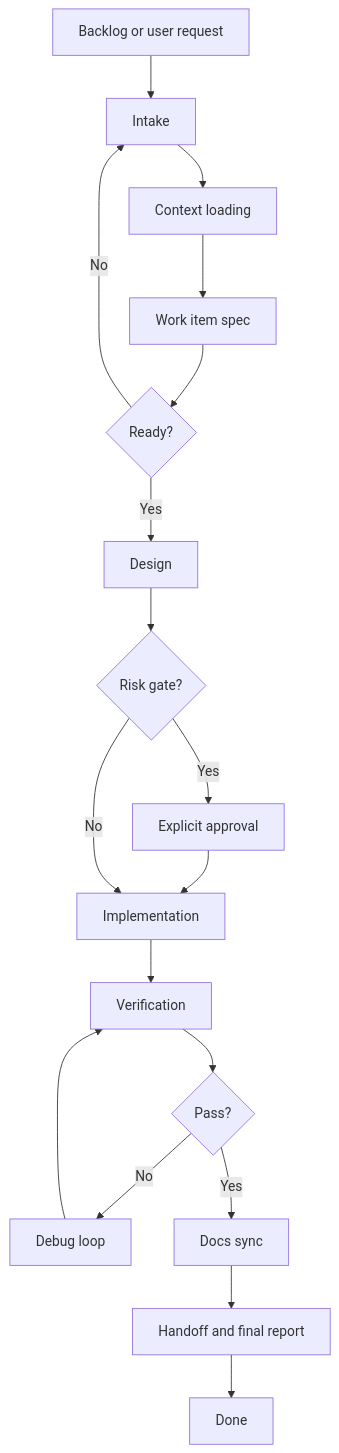
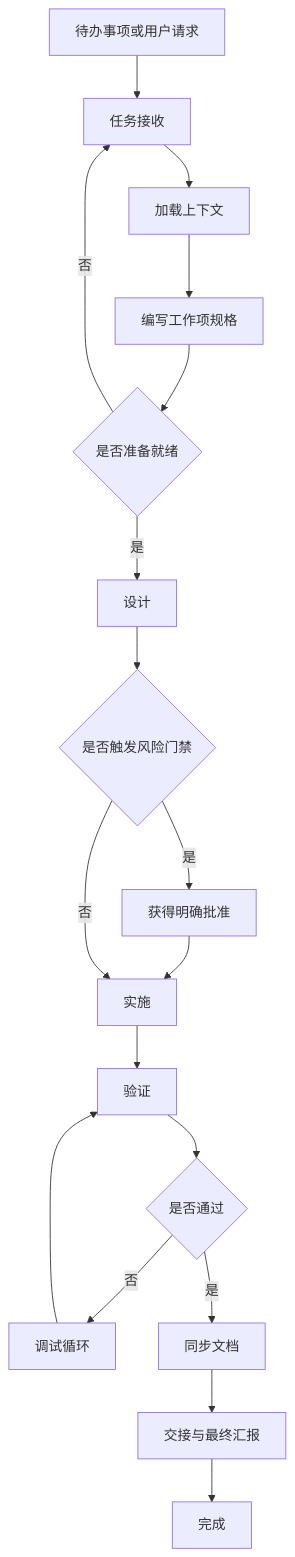
One commit to x-t001/sunshine-reading changed the first of 2 diagrams in docs/spec-coding/09-iteration-workflow.md. Above: the diagram before and after it, drawn with Mermaid. The commit also changed other lines of this file and 34 other files, not shown here.

````diff
--- a/docs/spec-coding/09-iteration-workflow.md
+++ b/docs/spec-coding/09-iteration-workflow.md
@@ -61,20 +57,20 @@
 ```mermaid
 flowchart TD
-  A[Backlog or user request] --> B[Intake]
-  B --> C[Context loading]
-  C --> D[Work item spec]
-  D --> E{Ready?}
-  E -- No --> B
-  E -- Yes --> F[Design]
-  F --> G{Risk gate?}
-  G -- Yes --> H[Explicit approval]
-  H --> I[Implementation]
-  G -- No --> I
-  I --> J[Verification]
-  J --> K{Pass?}
-  K -- No --> L[Debug loop]
+  A[待办事项或用户请求] --> B[任务接收]
+  B --> C[加载上下文]
+  C --> D[编写工作项规格]
+  D --> E{是否准备就绪}
+  E -- 否 --> B
+  E -- 是 --> F[设计]
+  F --> G{是否触发风险门禁}
+  G -- 是 --> H[获得明确批准]
+  H --> I[实施]
+  G -- 否 --> I
+  I --> J[验证]
+  J --> K{是否通过}
+  K -- 否 --> L[调试循环]
   L --> J
-  K -- Yes --> M[Docs sync]
-  M --> N[Handoff and final report]
-  N --> O[Done]
+  K -- 是 --> M[同步文档]
+  M --> N[交接与最终汇报]
+  N --> O[完成]
 ```
````
